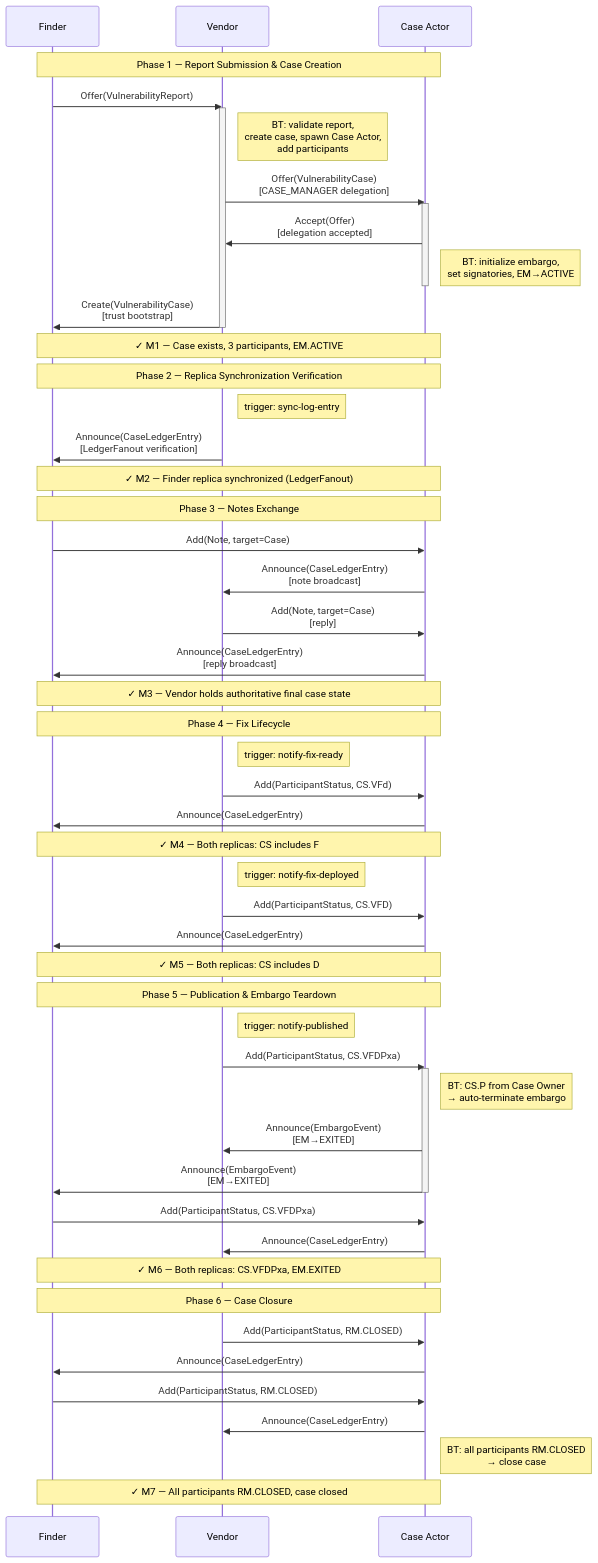
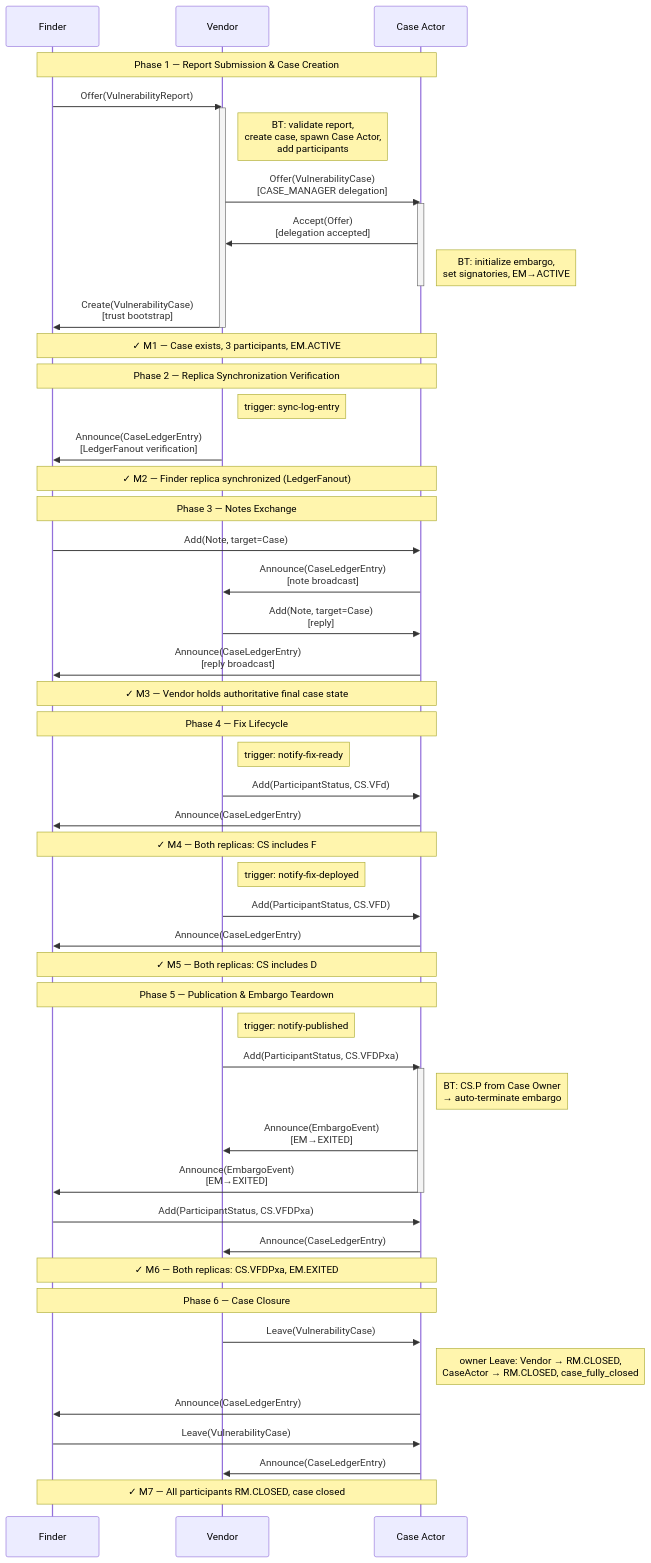
Before and after one commit to CERTCC/Vultron: the diagram in docs/reference/fv-demo-protocol.md, drawn with Mermaid. The commit also changed other lines of this file and 1 other file, not shown here.

First line of the commit message:
docs: correct the FV closure phase for ADR-0050 and the CASE_MANAGER's entry

````diff
--- a/docs/reference/fv-demo-protocol.md
+++ b/docs/reference/fv-demo-protocol.md
@@ -40,69 +40,69 @@
 ```mermaid
 sequenceDiagram
     participant F as Finder
     participant V as Vendor
     participant CA as Case Actor
 
     note over F,CA: Phase 1 — Report Submission & Case Creation
 
     F->>V: Offer(VulnerabilityReport)
     activate V
     note right of V: BT: validate report,<br/>create case, spawn Case Actor,<br/>add participants
     V->>CA: Offer(VulnerabilityCase)<br/>[CASE_MANAGER delegation]
     activate CA
     CA->>V: Accept(Offer)<br/>[delegation accepted]
     note right of CA: BT: initialize embargo,<br/>set signatories, EM→ACTIVE
     deactivate CA
     V->>F: Create(VulnerabilityCase)<br/>[trust bootstrap]
     deactivate V
     note over F,CA: ✓ M1 — Case exists, 3 participants, EM.ACTIVE
 
     note over F,CA: Phase 2 — Replica Synchronization Verification
 
     note right of V: trigger: sync-log-entry
     V->>F: Announce(CaseLedgerEntry)<br/>[LedgerFanout verification]
     note over F,CA: ✓ M2 — Finder replica synchronized (LedgerFanout)
 
     note over F,CA: Phase 3 — Notes Exchange
 
     F->>CA: Add(Note, target=Case)
     CA->>V: Announce(CaseLedgerEntry)<br/>[note broadcast]
     V->>CA: Add(Note, target=Case)<br/>[reply]
     CA->>F: Announce(CaseLedgerEntry)<br/>[reply broadcast]
 
     note over F,CA: ✓ M3 — Vendor holds authoritative final case state
 
     note over F,CA: Phase 4 — Fix Lifecycle
 
     note right of V: trigger: notify-fix-ready
     V->>CA: Add(ParticipantStatus, CS.VFd)
     CA->>F: Announce(CaseLedgerEntry)
     note over F,CA: ✓ M4 — Both replicas: CS includes F
 
     note right of V: trigger: notify-fix-deployed
     V->>CA: Add(ParticipantStatus, CS.VFD)
     CA->>F: Announce(CaseLedgerEntry)
     note over F,CA: ✓ M5 — Both replicas: CS includes D
 
     note over F,CA: Phase 5 — Publication & Embargo Teardown
 
     note right of V: trigger: notify-published
     V->>CA: Add(ParticipantStatus, CS.VFDPxa)
     activate CA
     note right of CA: BT: CS.P from Case Owner<br/>→ auto-terminate embargo
     CA->>V: Announce(EmbargoEvent)<br/>[EM→EXITED]
     CA->>F: Announce(EmbargoEvent)<br/>[EM→EXITED]
     deactivate CA
     F->>CA: Add(ParticipantStatus, CS.VFDPxa)
     CA->>V: Announce(CaseLedgerEntry)
     note over F,CA: ✓ M6 — Both replicas: CS.VFDPxa, EM.EXITED
 
     note over F,CA: Phase 6 — Case Closure
 
-    V->>CA: Add(ParticipantStatus, RM.CLOSED)
+    V->>CA: Leave(VulnerabilityCase)
+    note right of CA: owner Leave: Vendor → RM.CLOSED,<br/>CaseActor → RM.CLOSED, case_fully_closed
     CA->>F: Announce(CaseLedgerEntry)
-    F->>CA: Add(ParticipantStatus, RM.CLOSED)
+    F->>CA: Leave(VulnerabilityCase)
     CA->>V: Announce(CaseLedgerEntry)
-    note right of CA: BT: all participants RM.CLOSED<br/>→ close case
     note over F,CA: ✓ M7 — All participants RM.CLOSED, case closed
 ```
````
